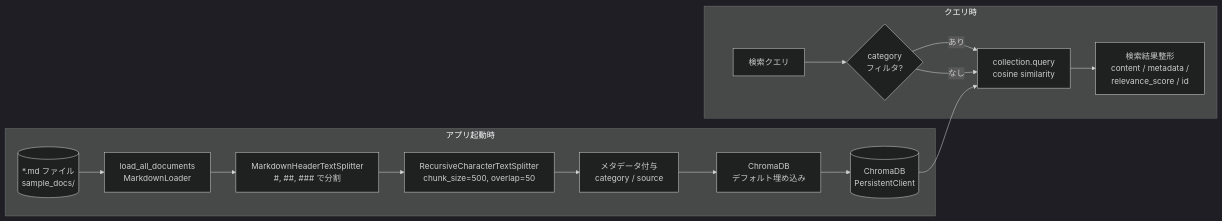
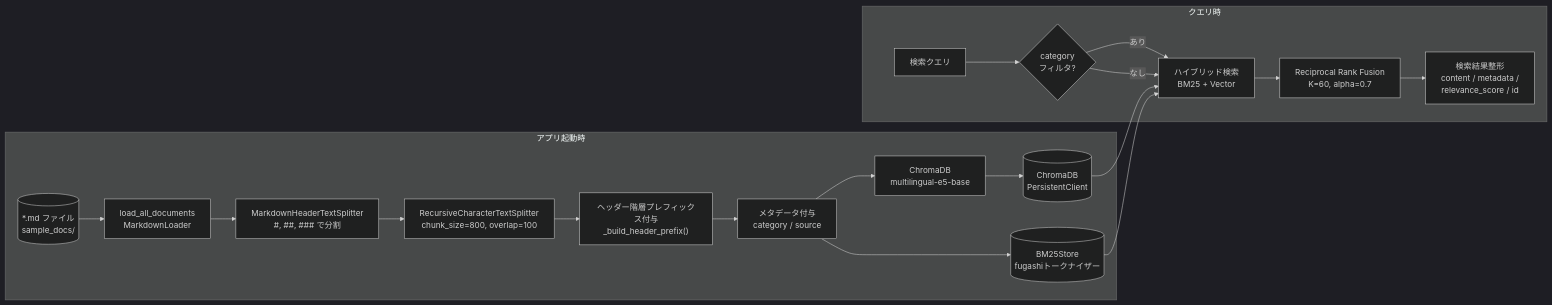
Before and after one commit to seraphin-angel/claude_glm_2: the fifth of 13 diagrams in agentic-rag-chatbot/spec.md, drawn with Mermaid (dark theme). The commit also changed other lines of this file and 1 other file, not shown here.

````diff
--- a/agentic-rag-chatbot/spec.md
+++ b/agentic-rag-chatbot/spec.md
@@ -585,25 +802,31 @@
 ```mermaid
 flowchart LR
     subgraph Startup["アプリ起動時"]
         MD[("*.md ファイル<br/>sample_docs/")]
         LOAD["load_all_documents<br/>MarkdownLoader"]
         SPLIT["MarkdownHeaderTextSplitter<br/>#, ##, ### で分割"]
-        CHUNK["RecursiveCharacterTextSplitter<br/>chunk_size=500, overlap=50"]
+        CHUNK["RecursiveCharacterTextSplitter<br/>chunk_size=800, overlap=100"]
+        PREFIX["ヘッダー階層プレフィックス付与<br/>_build_header_prefix()"]
         META["メタデータ付与<br/>category / source"]
-        EMBED["ChromaDB<br/>デフォルト埋め込み"]
+        EMBED["ChromaDB<br/>multilingual-e5-base"]
         STORE[("ChromaDB<br/>PersistentClient")]
+        BM25[("BM25Store<br/>fugashiトークナイザー")]
     end
 
     subgraph Query["クエリ時"]
         Q[検索クエリ]
         FILTER{"category<br/>フィルタ?"}
-        SEARCH["collection.query<br/>cosine similarity"]
+        HYBRID["ハイブリッド検索<br/>BM25 + Vector"]
+        RRF["Reciprocal Rank Fusion<br/>K=60, alpha=0.7"]
         RESULT["検索結果整形<br/>content / metadata /<br/>relevance_score / id"]
     end
 
-    MD --> LOAD --> SPLIT --> CHUNK --> META --> EMBED --> STORE
+    MD --> LOAD --> SPLIT --> CHUNK --> PREFIX --> META --> EMBED --> STORE
+    META --> BM25
     Q --> FILTER
-    FILTER -->|あり| SEARCH
-    FILTER -->|なし| SEARCH
-    STORE --> SEARCH --> RESULT
+    FILTER -->|あり| HYBRID
+    FILTER -->|なし| HYBRID
+    STORE --> HYBRID
+    BM25 --> HYBRID
+    HYBRID --> RRF --> RESULT
 ```
````
